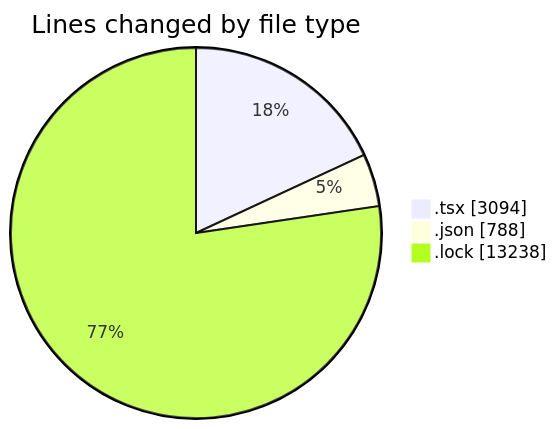
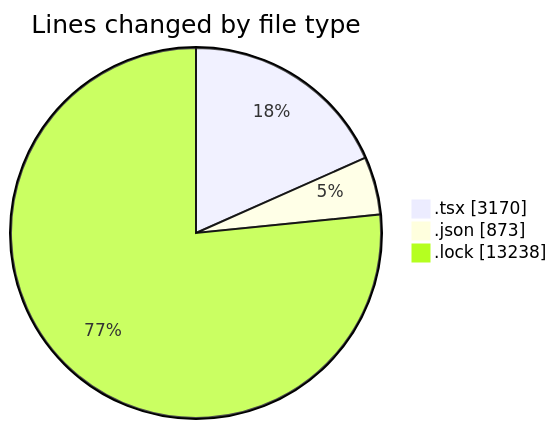
One commit to momahboobian/code-tracking changed the first of 2 diagrams in 2026-01-09/cda/README.md. Above: the diagram before and after it, drawn with Mermaid. The commit also changed other lines of this file and 1 other file, not shown here.

````diff
--- a/2026-01-09/cda/README.md
+++ b/2026-01-09/cda/README.md
@@ -26,7 +26,7 @@
 ```mermaid
 pie showData
 title Lines changed by file type
-".tsx" : 3094
-".json" : 788
+".tsx" : 3170
+".json" : 873
 ".lock" : 13238
 ```
````
